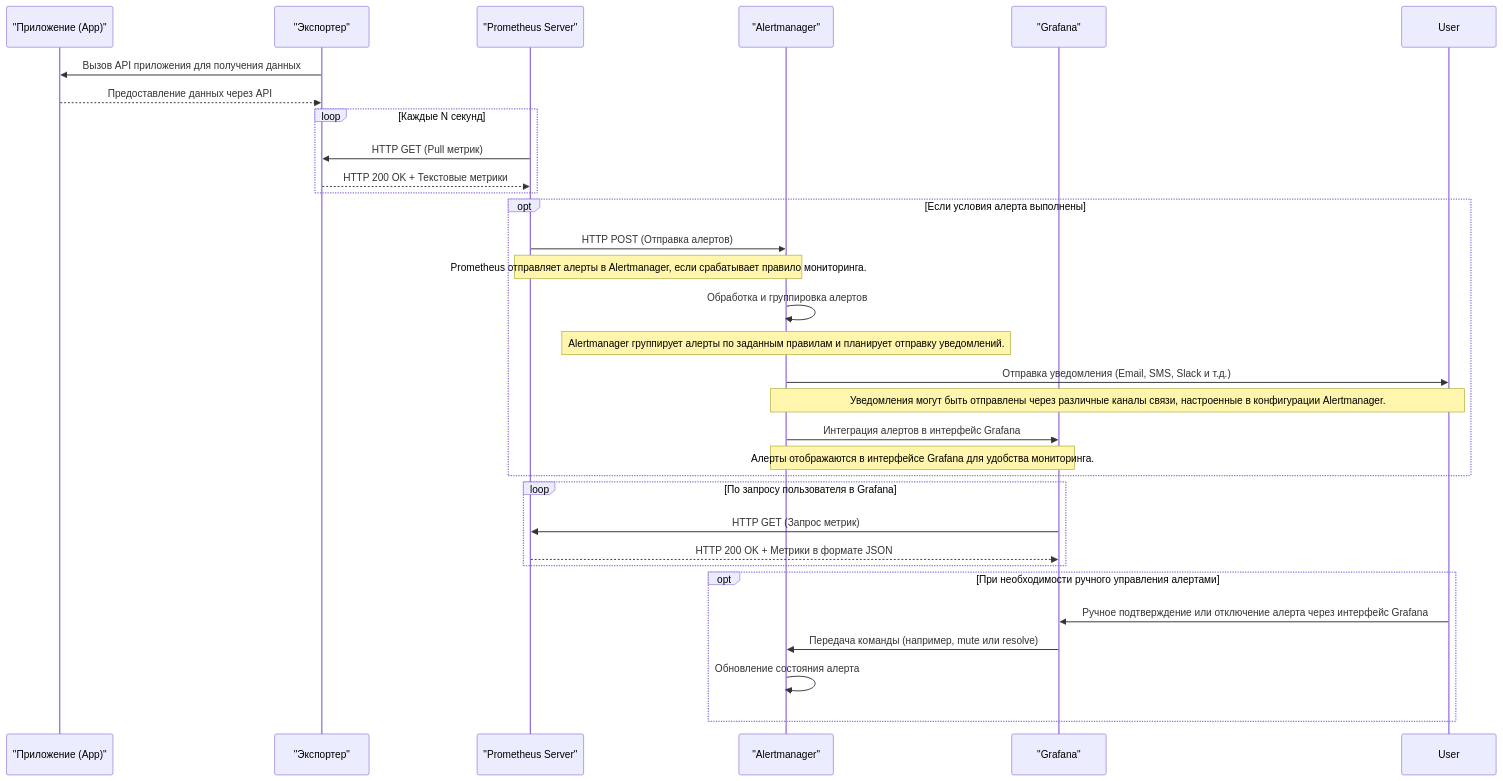
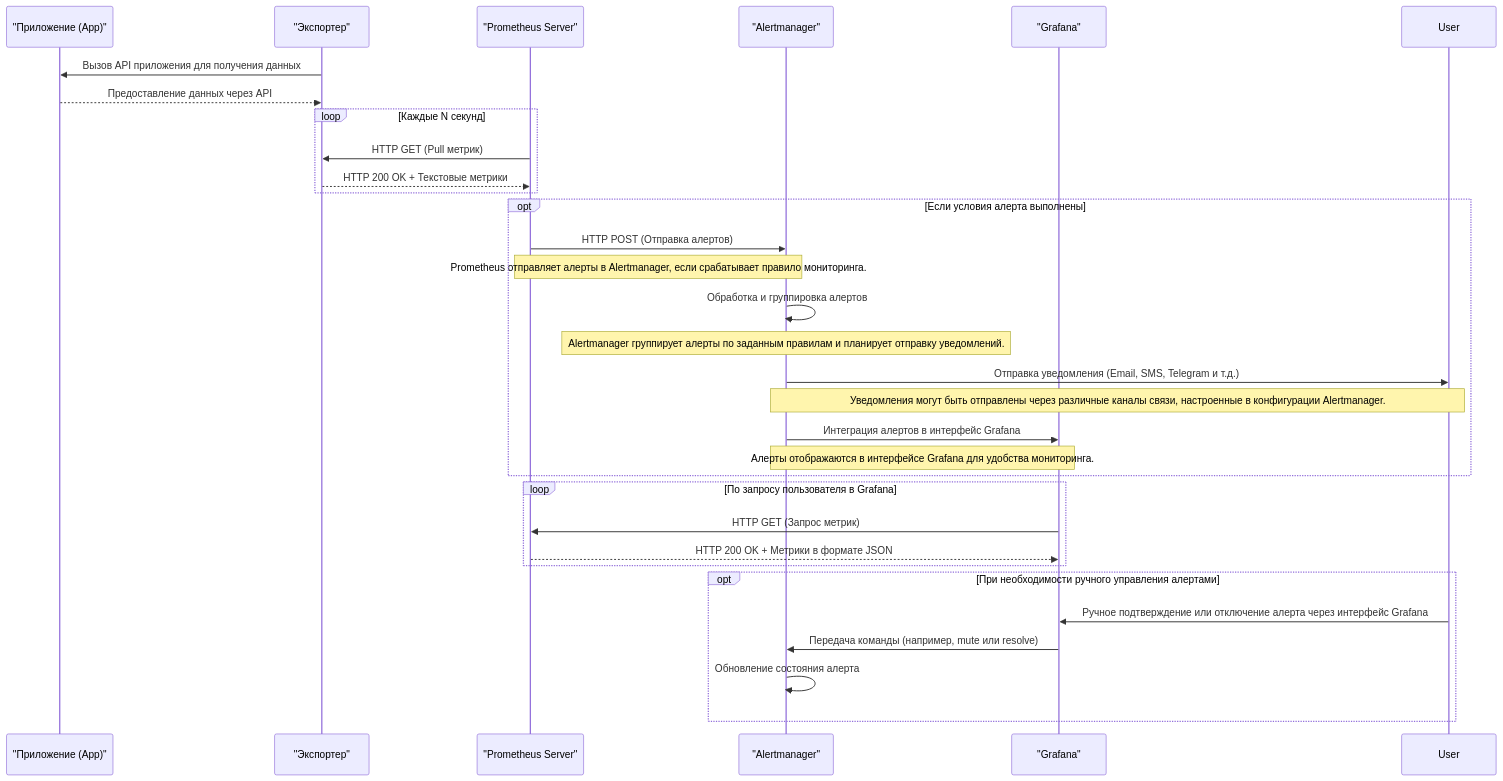
One commit to lamjob1993/linux-monitoring changed the second of 2 diagrams in alertmanager/README.md. Above: the diagram before and after it, drawn with Mermaid. The commit also changed other lines of this file, not shown here.

````diff
--- a/alertmanager/README.md
+++ b/alertmanager/README.md
@@ -106,41 +106,41 @@
 ```mermaid
 sequenceDiagram
     participant App as "Приложение (App)"
     participant Exporter as "Экспортер"
     participant Prometheus as "Prometheus Server"
     participant Alertmanager as "Alertmanager"
     participant Grafana as "Grafana"
 
     Exporter->>App: Вызов API приложения для получения данных
     App-->>Exporter: Предоставление данных через API
 
     loop Каждые N секунд
         Prometheus->>Exporter: HTTP GET (Pull метрик)
         Exporter-->>Prometheus: HTTP 200 OK + Текстовые метрики
     end
 
     opt Если условия алерта выполнены
         Prometheus->>Alertmanager: HTTP POST (Отправка алертов)
         note over Prometheus, Alertmanager: Prometheus отправляет алерты в Alertmanager, если срабатывает правило мониторинга.
         
         Alertmanager->>Alertmanager: Обработка и группировка алертов
         note over Alertmanager: Alertmanager группирует алерты по заданным правилам и планирует отправку уведомлений.
 
-        Alertmanager->>User: Отправка уведомления (Email, SMS, Slack и т.д.)
+        Alertmanager->>User: Отправка уведомления (Email, SMS, Telegram и т.д.)
         note over Alertmanager, User: Уведомления могут быть отправлены через различные каналы связи, настроенные в конфигурации Alertmanager.
 
         Alertmanager->>Grafana: Интеграция алертов в интерфейс Grafana
         note over Alertmanager, Grafana: Алерты отображаются в интерфейсе Grafana для удобства мониторинга.
     end
 
     loop По запросу пользователя в Grafana
         Grafana->>Prometheus: HTTP GET (Запрос метрик)
         Prometheus-->>Grafana: HTTP 200 OK + Метрики в формате JSON
     end
 
     opt При необходимости ручного управления алертами
         User->>Grafana: Ручное подтверждение или отключение алерта через интерфейс Grafana
         Grafana->>Alertmanager: Передача команды (например, mute или resolve)
         Alertmanager->>Alertmanager: Обновление состояния алерта
     end
 ```
````
